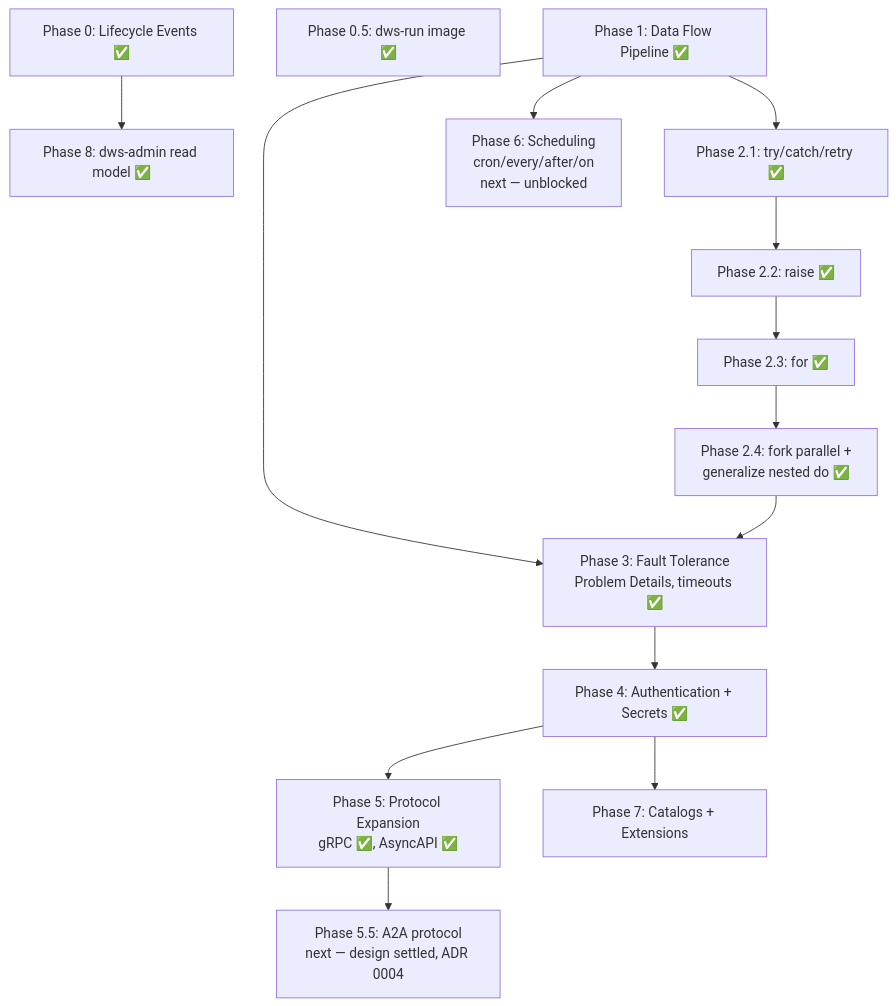
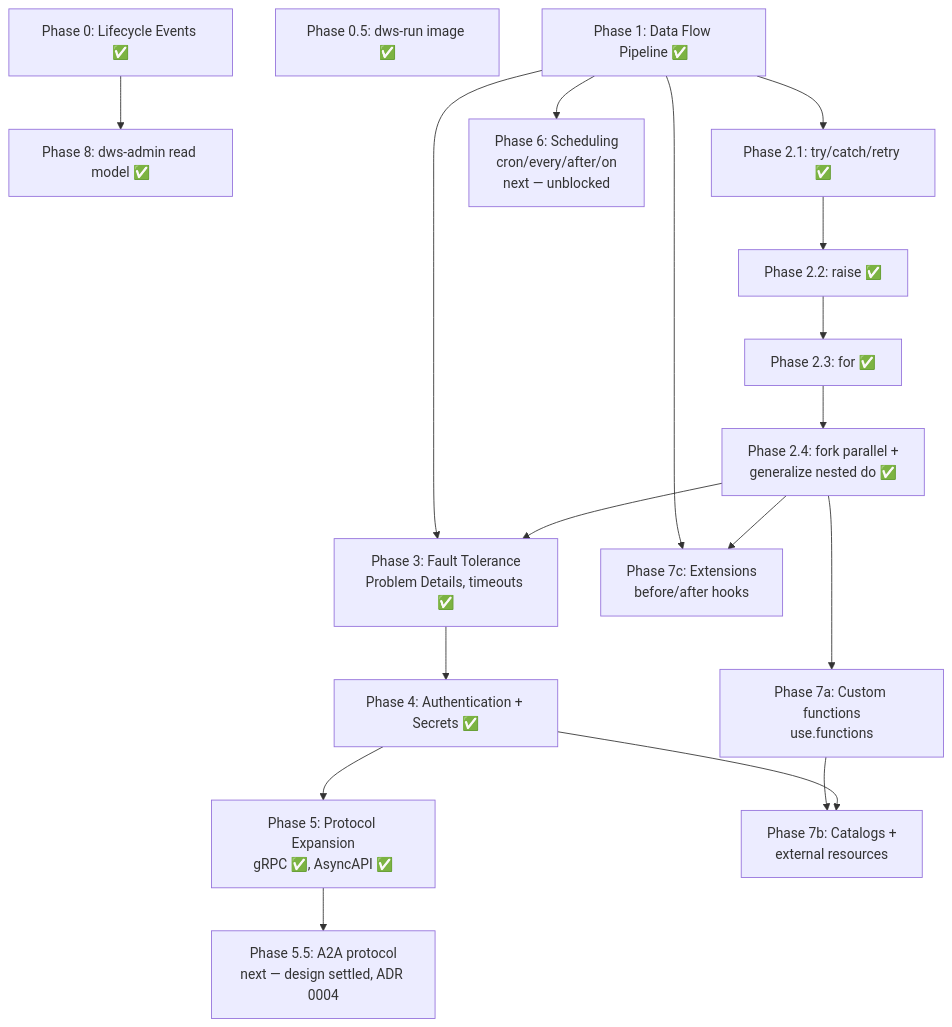
One commit to tonylibs/dapr-workflow-spec changed the diagram in docs/roadmaps/openworkflow-features.md. Above: the diagram before and after it, drawn with Mermaid. The commit also changed other lines of this file and 1 other file, not shown here.

Commit message:
docs(main): update roadmap and expand features

````diff
--- a/docs/roadmaps/openworkflow-features.md
+++ b/docs/roadmaps/openworkflow-features.md
@@ -49,16 +50,20 @@
 ```mermaid
 flowchart TD
   P0[Phase 0: Lifecycle Events ✅] --> P8[Phase 8: dws-admin read model ✅]
   P05[Phase 0.5: dws-run image ✅]
   P1[Phase 1: Data Flow Pipeline ✅] --> P2a[Phase 2.1: try/catch/retry ✅]
   P2a --> P2b[Phase 2.2: raise ✅]
   P2b --> P2c[Phase 2.3: for ✅]
   P2c --> P2d[Phase 2.4: fork parallel +<br/>generalize nested do ✅]
   P1 --> P3[Phase 3: Fault Tolerance<br/>Problem Details, timeouts ✅]
   P2d --> P3
   P3 --> P4[Phase 4: Authentication + Secrets ✅]
   P4 --> P5[Phase 5: Protocol Expansion<br/>gRPC ✅, AsyncAPI ✅]
   P5 --> P55[Phase 5.5: A2A protocol<br/>next — design settled, ADR 0004]
   P1 --> P6[Phase 6: Scheduling<br/>cron/every/after/on<br/>next — unblocked]
-  P4 --> P7[Phase 7: Catalogs + Extensions]
+  P2d --> P7a[Phase 7a: Custom functions<br/>use.functions]
+  P7a --> P7b[Phase 7b: Catalogs +<br/>external resources]
+  P4 --> P7b
+  P1 --> P7c[Phase 7c: Extensions<br/>before/after hooks]
+  P2d --> P7c
 ```
````
